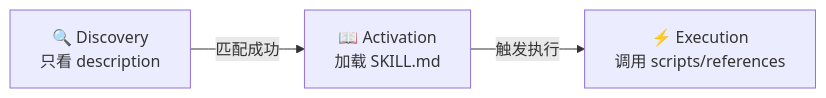
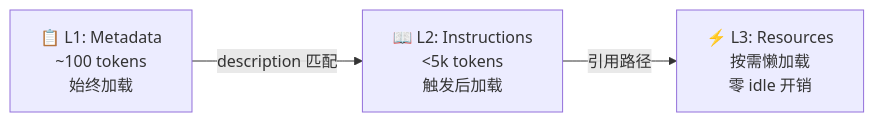
Before and after one commit to morning-start/skill-factory: the fourth of 4 diagrams in references/design-principles.md, drawn with Mermaid. The commit also changed other lines of this file and 18 other files, not shown here.

````diff
--- a/references/design-principles.md
+++ b/references/design-principles.md
@@ -202,5 +203,5 @@
 ```mermaid
 flowchart LR
-    D["🔍 Discovery<br/>只看 description"] -->|"匹配成功"| A["📖 Activation<br/>加载 SKILL.md"]
-    A -->|"触发执行"| E["⚡ Execution<br/>调用 scripts/references"]
+    L1["📋 L1: Metadata<br/>~100 tokens<br/>始终加载"] -->|"description 匹配"| L2["📖 L2: Instructions<br/><5k tokens<br/>触发后加载"]
+    L2 -->|"引用路径"| L3["⚡ L3: Resources<br/>按需懒加载<br/>零 idle 开销"]
 ```
````
